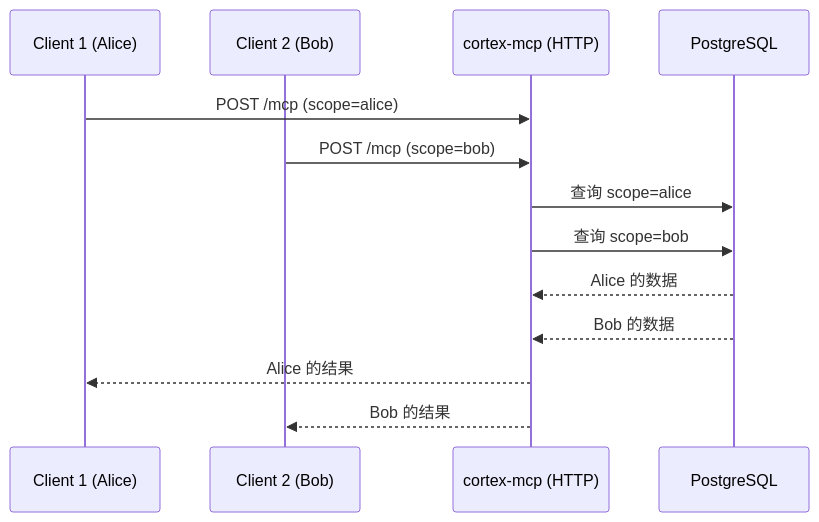
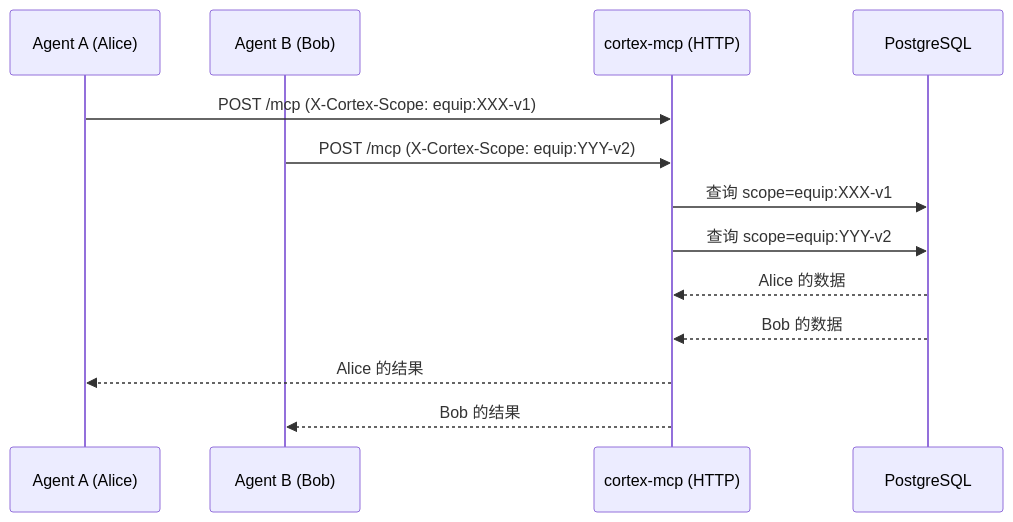
Before and after one commit to pty819/cortex-py-book: the third of 3 diagrams in source/chapters/09-mcp-server.md, drawn with Mermaid. The commit also changed other lines of this file and 18 other files, not shown here.

First line of the commit message:
docs: refresh book with latest cortex-py architecture

````diff
--- a/source/chapters/09-mcp-server.md
+++ b/source/chapters/09-mcp-server.md
@@ -64,19 +128,19 @@
 ```{mermaid}
 sequenceDiagram
-    participant C1 as Client 1 (Alice)
-    participant C2 as Client 2 (Bob)
+    participant C1 as Agent A (Alice)
+    participant C2 as Agent B (Bob)
     participant S as cortex-mcp (HTTP)
     participant DB as PostgreSQL
     
-    C1->>S: POST /mcp (scope=alice)
-    C2->>S: POST /mcp (scope=bob)
+    C1->>S: POST /mcp (X-Cortex-Scope: equip:XXX-v1)
+    C2->>S: POST /mcp (X-Cortex-Scope: equip:YYY-v2)
     
-    S->>DB: 查询 scope=alice
-    S->>DB: 查询 scope=bob
+    S->>DB: 查询 scope=equip:XXX-v1
+    S->>DB: 查询 scope=equip:YYY-v2
     
     DB-->>S: Alice 的数据
     DB-->>S: Bob 的数据
     
     S-->>C1: Alice 的结果
     S-->>C2: Bob 的结果
 ```
````
